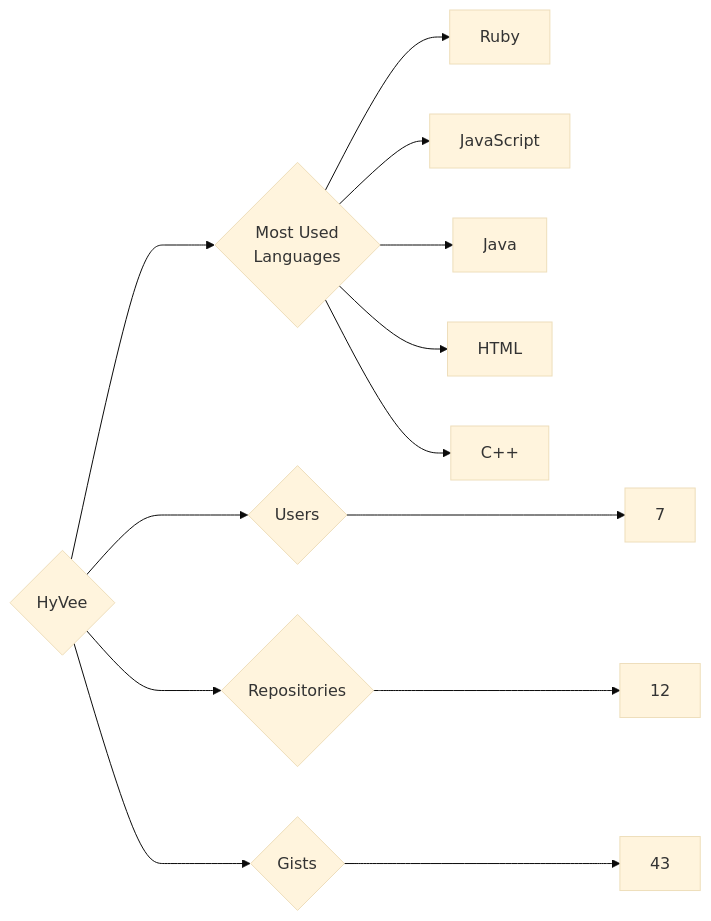
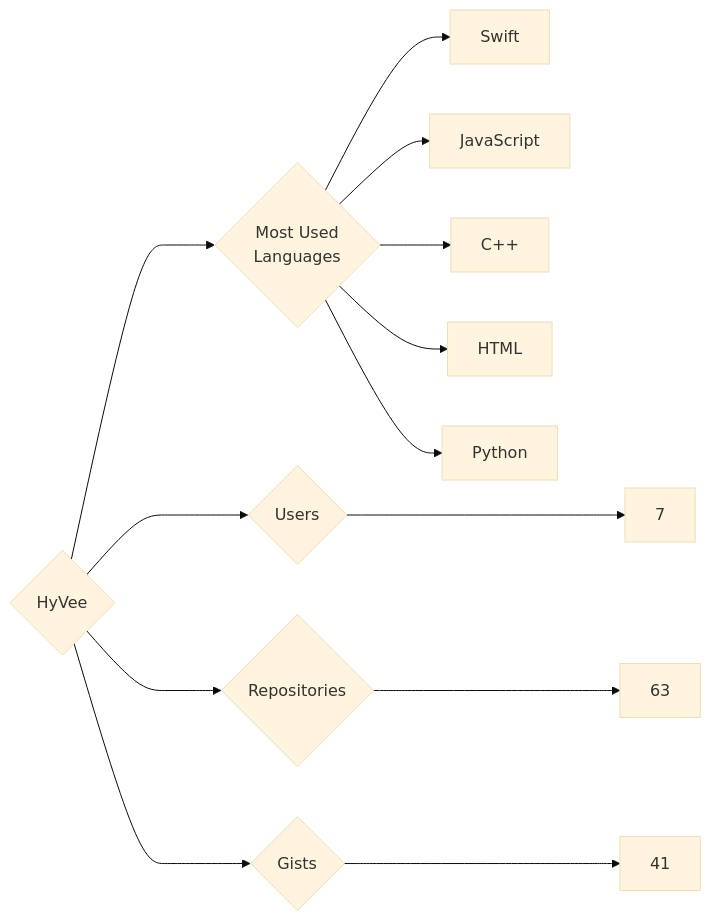
The diagram in targets/HyVee/README.md (trickest/insiders), drawn with Mermaid (base theme) before and after one commit. The commit also changed 1238 other files, not shown here.

````diff
--- a/targets/HyVee/README.md
+++ b/targets/HyVee/README.md
@@ -3,13 +3,13 @@
 ```mermaid
 graph LR
 COMPANY_NAME{HyVee}
 COMPANY_NAME ---> U{Users} ---> UN[7]
-COMPANY_NAME ---> R{Repositories} ---> RN[12]
-COMPANY_NAME ---> G{Gists} ---> GN[43]
+COMPANY_NAME ---> R{Repositories} ---> RN[63]
+COMPANY_NAME ---> G{Gists} ---> GN[41]
 COMPANY_NAME ---> ML{Most Used<br>Languages}
-ML --> Ruby[Ruby]
+ML --> Swift[Swift]
 ML --> JavaScript[JavaScript]
-ML --> Java[Java]
+ML --> C++[C++]
 ML --> HTML[HTML]
-ML --> C++[C++]
+ML --> Python[Python]
 ```
````
